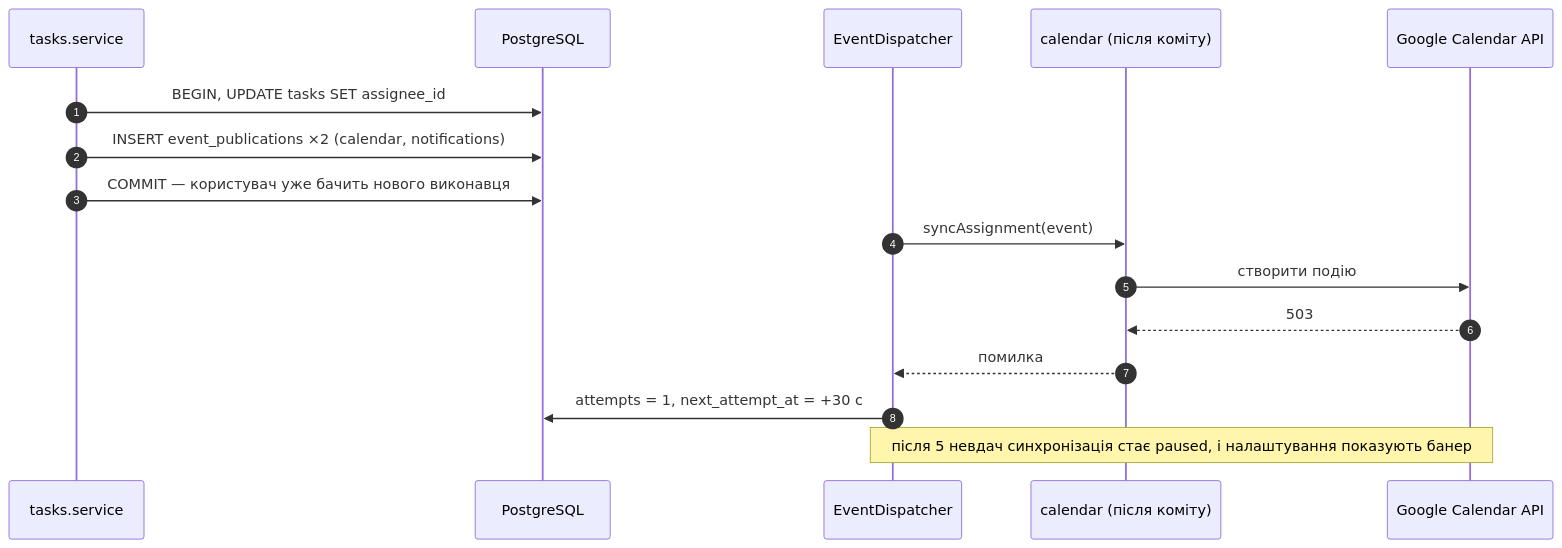
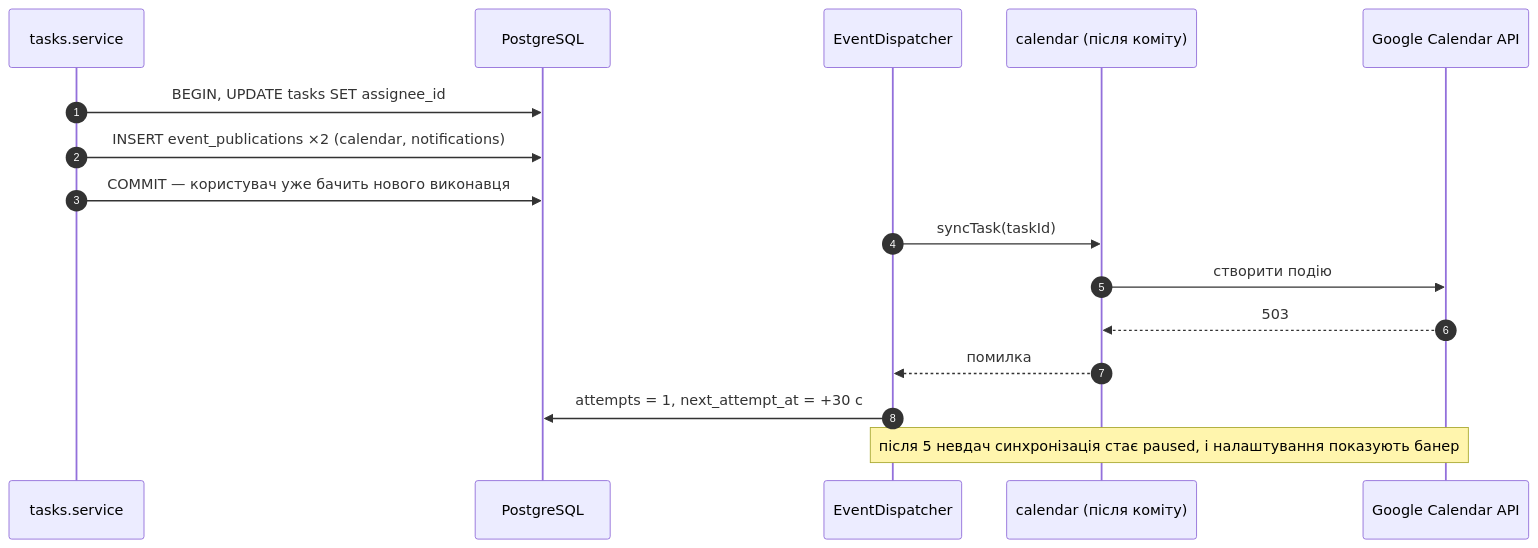
The third of 4 diagrams in docs/architecture.md (mzabrodin/Errandly), drawn with Mermaid before and after one commit. The commit also changed other lines of this file and 19 other files, not shown here.

````diff
--- a/docs/architecture.md
+++ b/docs/architecture.md
@@ -144,19 +144,19 @@
 ```mermaid
 sequenceDiagram
   autonumber
   participant T as tasks.service
   participant DB as PostgreSQL
   participant D as EventDispatcher
   participant C as calendar (після коміту)
   participant Gc as Google Calendar API
 
   T->>DB: BEGIN, UPDATE tasks SET assignee_id
   T->>DB: INSERT event_publications ×2 (calendar, notifications)
   T->>DB: COMMIT — користувач уже бачить нового виконавця
-  D->>C: syncAssignment(event)
+  D->>C: syncTask(taskId)
   C->>Gc: створити подію
   Gc-->>C: 503
   C-->>D: помилка
   D->>DB: attempts = 1, next_attempt_at = +30 с
   Note over D,Gc: після 5 невдач синхронізація стає paused, і налаштування показують банер
 ```
````
